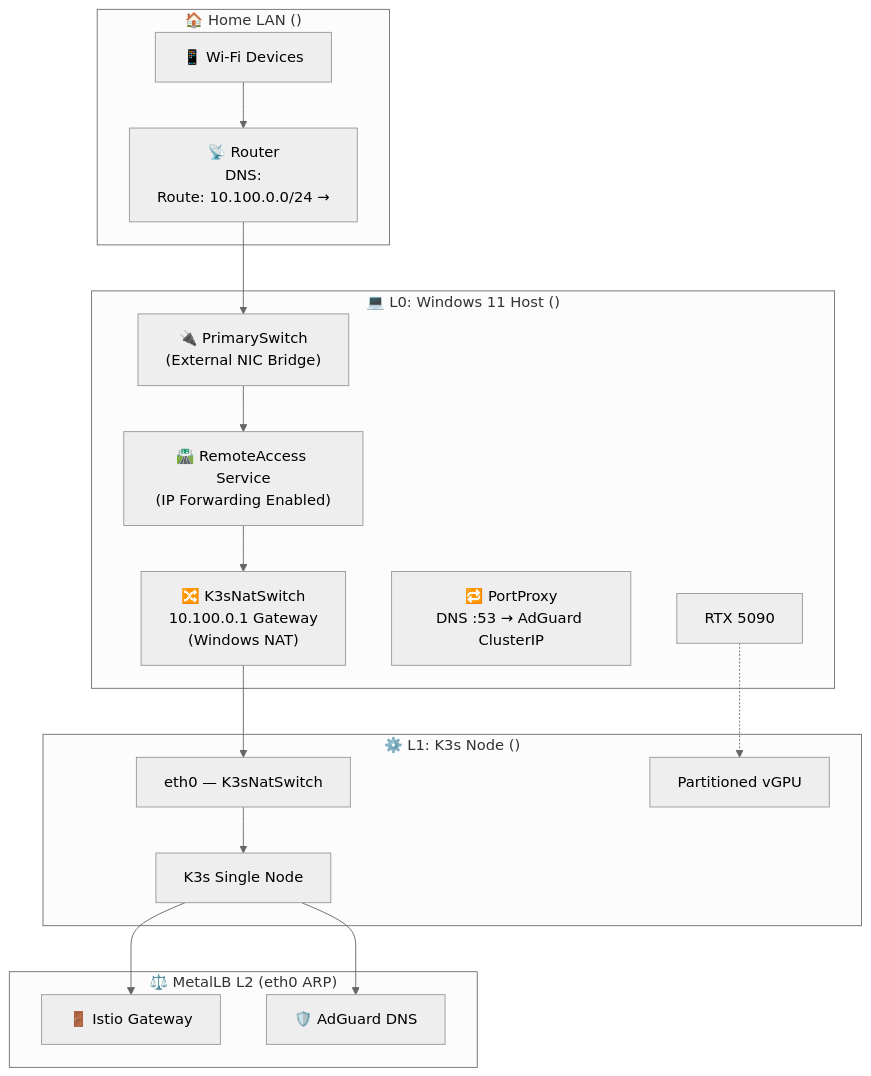
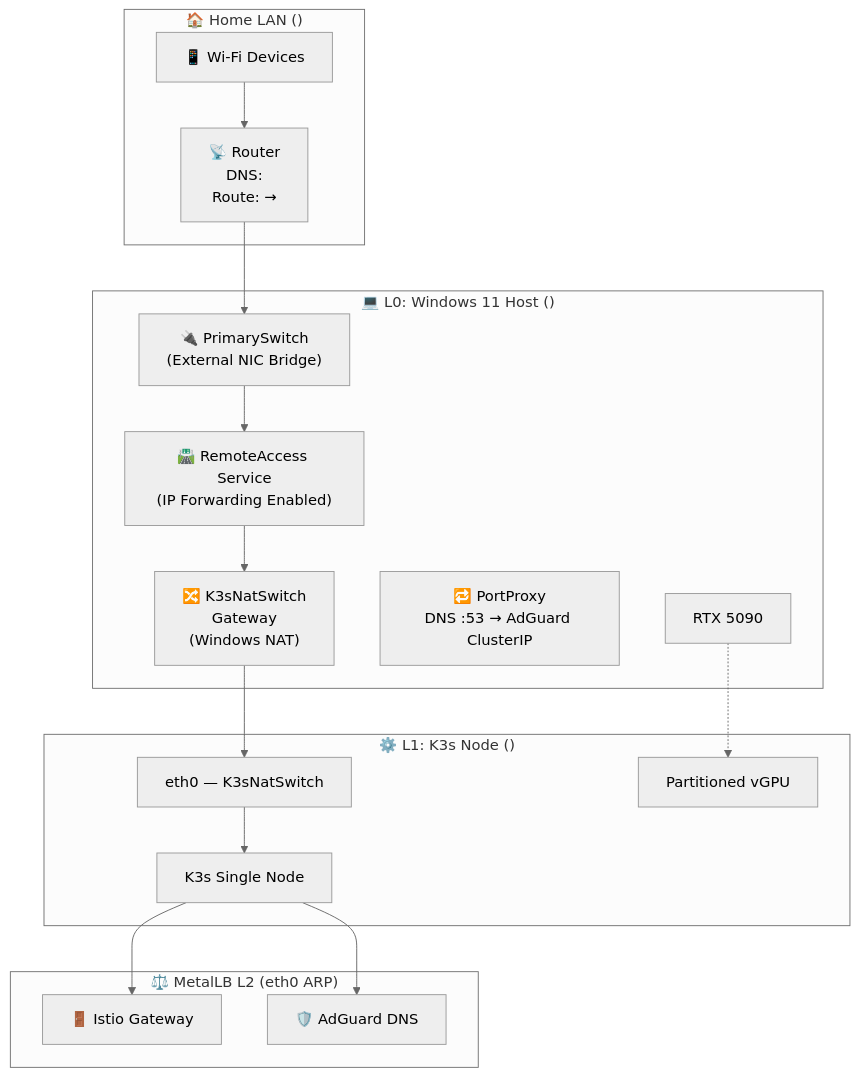
One commit to bbreckenridge/k3s-home-lab changed the first of 4 diagrams in readme.md. Above: the diagram before and after it, drawn with Mermaid (neutral theme). The commit also changed other lines of this file and 20 other files, not shown here.

````diff
--- a/readme.md
+++ b/readme.md
@@ -32,36 +32,36 @@
 ```mermaid
 graph TD
     subgraph LAN ["🏠 Home LAN (<YOUR-LAN-SUBNET>)"]
-        Router["📡 Router\nDNS: <HOST-PC-IP>\nRoute: 10.100.0.0/24 → <HOST-PC-IP>"]
+        Router["📡 Router\nDNS: <HOST-PC-IP>\nRoute: <K3S-SUBNET> → <HOST-PC-IP>"]
         WiFi["📱 Wi-Fi Devices"]
     end
 
     subgraph Host ["💻 L0: Windows 11 Host (<HOST-PC-IP>)"]
         PrimarySwitch["🔌 PrimarySwitch\n(External NIC Bridge)"]
-        K3sNatSwitch["🔀 K3sNatSwitch\n10.100.0.1 Gateway\n(Windows NAT)"]
+        K3sNatSwitch["🔀 K3sNatSwitch\n<GATEWAY-IP> Gateway\n(Windows NAT)"]
         RemoteAccess["🛣️ RemoteAccess Service\n(IP Forwarding Enabled)"]
         PortProxy["🔁 PortProxy\nDNS :53 → AdGuard ClusterIP"]
         GPU[RTX 5090]
     end
 
     subgraph VM ["⚙️ L1: K3s Node (<VM-IP>)"]
         eth0["eth0 — K3sNatSwitch\n<K3S-NAT-ADAPTER-MAC>"]
         K3s[K3s Single Node]
         vGPU["Partitioned vGPU"]
     end
 
     subgraph MetalLB ["⚖️ MetalLB L2 (eth0 ARP)"]
         IstioVIP["🚪 Istio Gateway\n<INGRESS-IP>"]
         AdGuardVIP["🛡️ AdGuard DNS\n<ADGUARD-IP>"]
     end
 
     Router --> PrimarySwitch
     WiFi --> Router
     PrimarySwitch --> RemoteAccess
     RemoteAccess --> K3sNatSwitch
     K3sNatSwitch --> eth0
     eth0 --> K3s
     K3s --> IstioVIP
     K3s --> AdGuardVIP
     GPU -.-> vGPU
 ```
````
